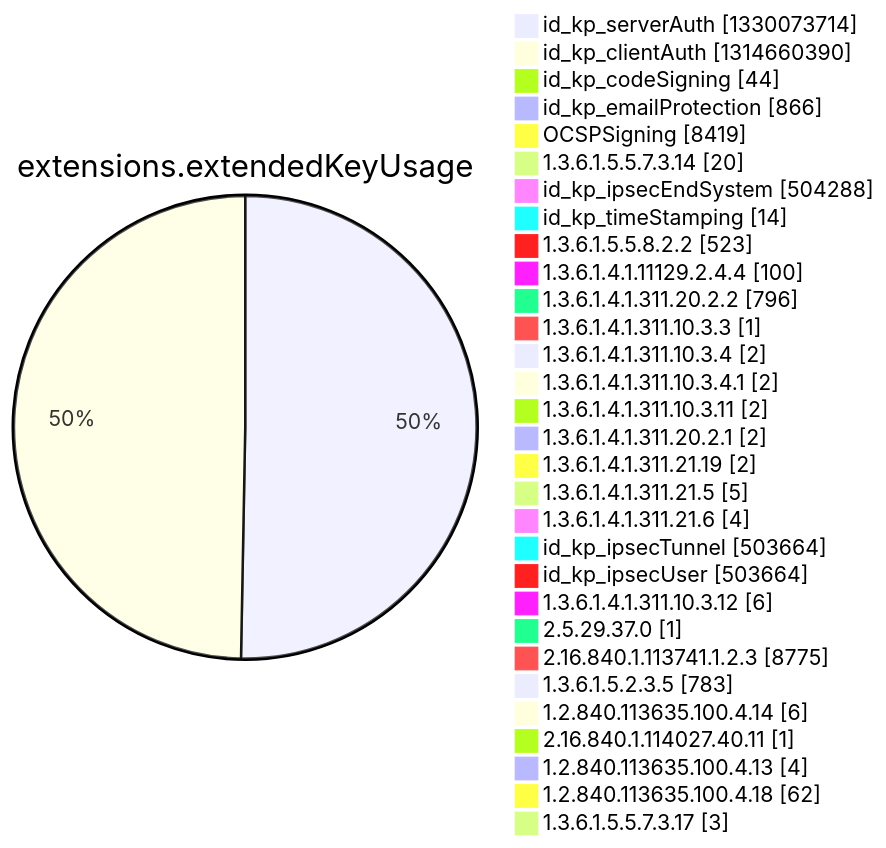
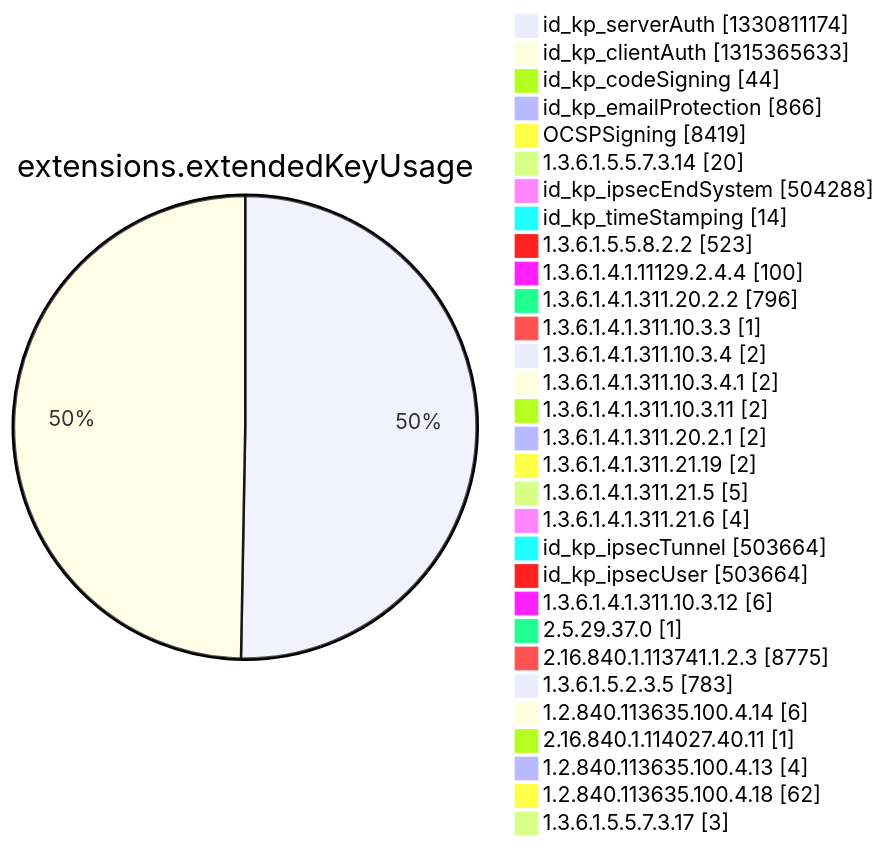
One commit to christiankrug/ctmonitor_visualization changed diagram 12 of 15 in argon2022/README.md. Above: the diagram before and after it, drawn with Mermaid. The commit also changed other lines of this file, not shown here.

````diff
--- a/argon2022/README.md
+++ b/argon2022/README.md
@@ -3553,34 +3553,34 @@
 ```mermaid
 pie showData
 title extensions.extendedKeyUsage
-"id_kp_serverAuth" :1330073714
-"id_kp_clientAuth" :1314660390
+"id_kp_serverAuth" :1330811174
+"id_kp_clientAuth" :1315365633
 "id_kp_codeSigning" :44
 "id_kp_emailProtection" :866
 "OCSPSigning" :8419
 "1.3.6.1.5.5.7.3.14" :20
 "id_kp_ipsecEndSystem" :504288
 "id_kp_timeStamping" :14
 "1.3.6.1.5.5.8.2.2" :523
 "1.3.6.1.4.1.11129.2.4.4" :100
 "1.3.6.1.4.1.311.20.2.2" :796
 "1.3.6.1.4.1.311.10.3.3" :1
 "1.3.6.1.4.1.311.10.3.4" :2
 "1.3.6.1.4.1.311.10.3.4.1" :2
 "1.3.6.1.4.1.311.10.3.11" :2
 "1.3.6.1.4.1.311.20.2.1" :2
 "1.3.6.1.4.1.311.21.19" :2
 "1.3.6.1.4.1.311.21.5" :5
 "1.3.6.1.4.1.311.21.6" :4
 "id_kp_ipsecTunnel" :503664
 "id_kp_ipsecUser" :503664
 "1.3.6.1.4.1.311.10.3.12" :6
 "2.5.29.37.0" :1
 "2.16.840.1.113741.1.2.3" :8775
 "1.3.6.1.5.2.3.5" :783
 "1.2.840.113635.100.4.14" :6
 "2.16.840.1.114027.40.11" :1
 "1.2.840.113635.100.4.13" :4
 "1.2.840.113635.100.4.18" :62
 "1.3.6.1.5.5.7.3.17" :3
 ```
````
